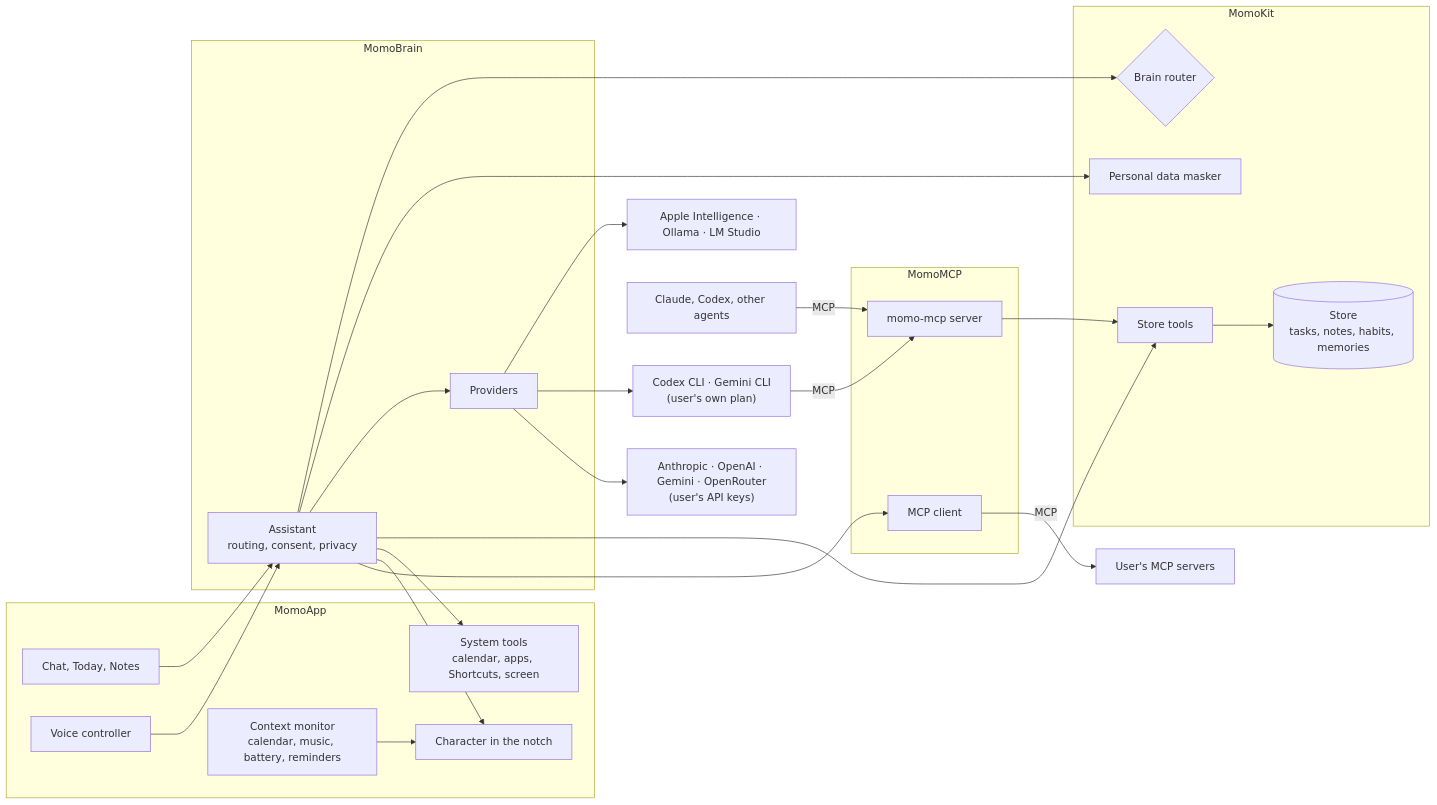
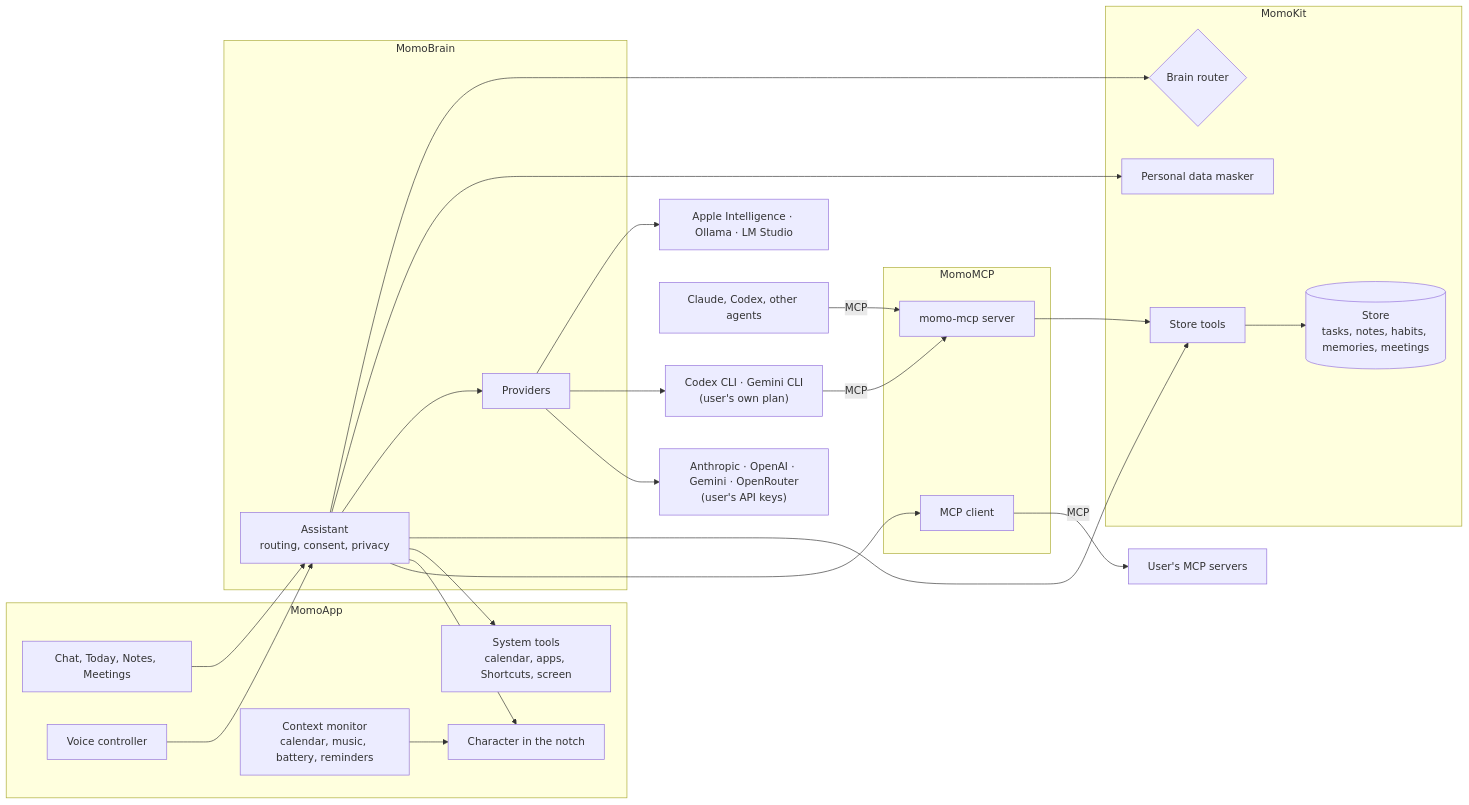
The diagram in docs/architecture.md (uemrey0/momo), drawn with Mermaid before and after one commit. The commit also changed other lines of this file, not shown here.

First line of the commit message:
docs: describe meeting notes in the architecture guide

````diff
--- a/docs/architecture.md
+++ b/docs/architecture.md
@@ -8,47 +8,47 @@
 ```mermaid
 flowchart LR
   subgraph App["MomoApp"]
     Face["Character in the notch"]
-    Panel["Chat, Today, Notes"]
+    Panel["Chat, Today, Notes, Meetings"]
     Voice["Voice controller"]
     Context["Context monitor\ncalendar, music, battery, reminders"]
     System["System tools\ncalendar, apps, Shortcuts, screen"]
   end
   subgraph Brain["MomoBrain"]
     Assistant["Assistant\nrouting, consent, privacy"]
     Providers["Providers"]
   end
   subgraph Kit["MomoKit"]
-    Store[("Store\ntasks, notes, habits, memories")]
+    Store[("Store\ntasks, notes, habits, memories, meetings")]
     Tools["Store tools"]
     Router{"Brain router"}
     Masker["Personal data masker"]
   end
   subgraph MCP["MomoMCP"]
     Server["momo-mcp server"]
     Client["MCP client"]
   end
   Local["Apple Intelligence · Ollama · LM Studio"]
   Sub["Codex CLI · Gemini CLI\n(user's own plan)"]
   Keys["Anthropic · OpenAI · Gemini · OpenRouter\n(user's API keys)"]
   Agents["Claude, Codex, other agents"]
   Theirs["User's MCP servers"]
 
   Panel --> Assistant
   Voice --> Assistant
   Assistant --> Router
   Assistant --> Masker
   Assistant --> Providers
   Providers --> Local
   Providers --> Sub
   Providers --> Keys
   Assistant --> Tools
   Assistant --> System
   Tools --> Store
   Context --> Face
   Assistant --> Face
   Agents -- MCP --> Server --> Tools
   Sub -- MCP --> Server
   Client -- MCP --> Theirs
   Assistant --> Client
 ```
````
